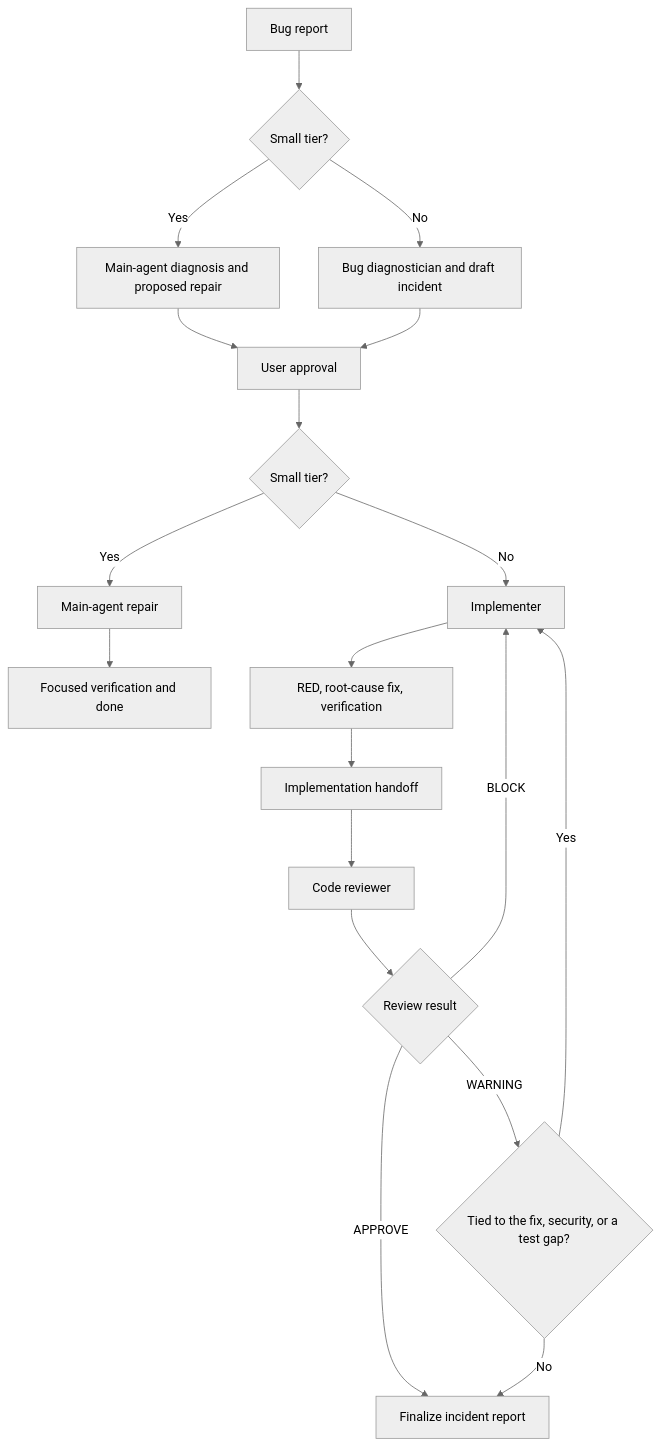
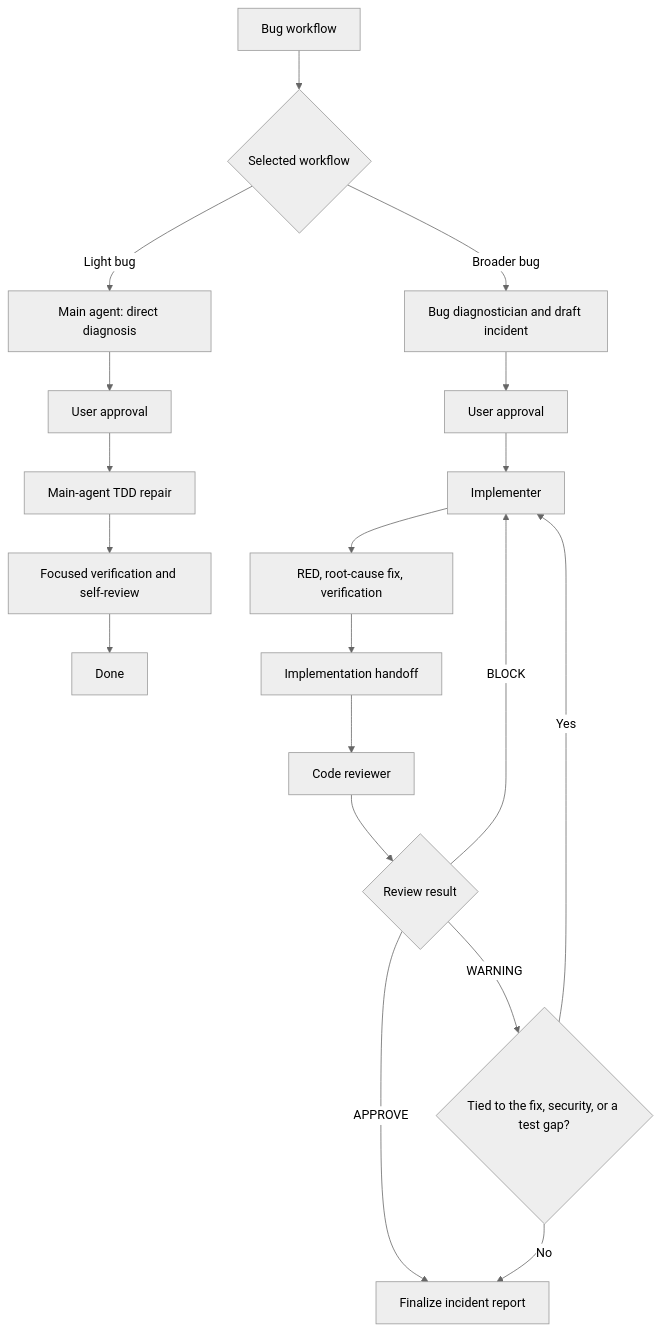
One commit to aloilor/lean-coding-agent changed the fourth of 4 diagrams in README.md. Above: the diagram before and after it, drawn with Mermaid (neutral theme). The commit also changed other lines of this file and 11 other files, not shown here.

Commit message:
feat(workflows): add light bug-fixing workflow

````diff
--- a/README.md
+++ b/README.md
@@ -123,21 +123,21 @@
 ```mermaid
 flowchart TD
-    A[Bug report] --> B{Small tier?}
-    B -->|Yes| C[Main-agent diagnosis and proposed repair]
-    B -->|No| D[Bug diagnostician and draft incident]
-    C --> E[User approval]
-    D --> E
-    E --> F{Small tier?}
-    F -->|Yes| G[Main-agent repair]
-    F -->|No| H[Implementer]
-    G --> I[Focused verification and done]
-    H --> J[RED, root-cause fix, verification]
-    J --> K[Implementation handoff]
-    K --> L[Code reviewer]
-    L --> M{Review result}
-    M -->|APPROVE| N[Finalize incident report]
-    M -->|BLOCK| H
-    M -->|WARNING| O{Tied to the fix, security, or a test gap?}
-    O -->|Yes| H
-    O -->|No| N
+    A[Bug workflow] --> B{Selected workflow}
+    B -->|Light bug| C[Main agent: direct diagnosis]
+    C --> D[User approval]
+    D --> E[Main-agent TDD repair]
+    E --> F[Focused verification and self-review]
+    F --> N[Done]
+    B -->|Broader bug| I[Bug diagnostician and draft incident]
+    I --> J[User approval]
+    J --> M[Implementer]
+    M --> P[RED, root-cause fix, verification]
+    P --> Q[Implementation handoff]
+    Q --> R[Code reviewer]
+    R --> S{Review result}
+    S -->|APPROVE| T[Finalize incident report]
+    S -->|BLOCK| M
+    S -->|WARNING| U{Tied to the fix, security, or a test gap?}
+    U -->|Yes| M
+    U -->|No| T
 ```
````
